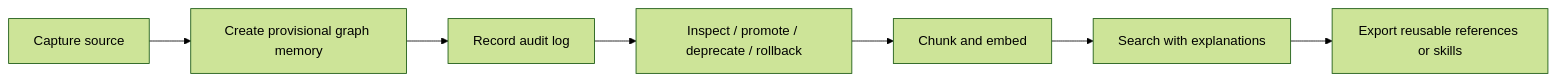
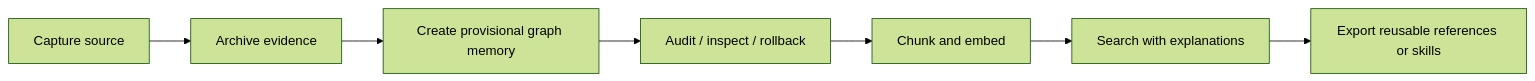
Before and after one commit to sparkplug604/praxis: the second of 4 diagrams in README.md, drawn with Mermaid (forest theme). The commit also changed other lines of this file and 63 other files, not shown here.

````diff
--- a/README.md
+++ b/README.md
@@ -116,9 +118,9 @@
 ```mermaid
 flowchart LR
-    A["Capture source"] --> B["Create provisional graph memory"]
-    B --> C["Record audit log"]
-    C --> D["Inspect / promote / deprecate / rollback"]
+    A["Capture source"] --> B["Archive evidence"]
+    B --> C["Create provisional graph memory"]
+    C --> D["Audit / inspect / rollback"]
     D --> E["Chunk and embed"]
     E --> F["Search with explanations"]
     F --> G["Export reusable references or skills"]
 ```
````
